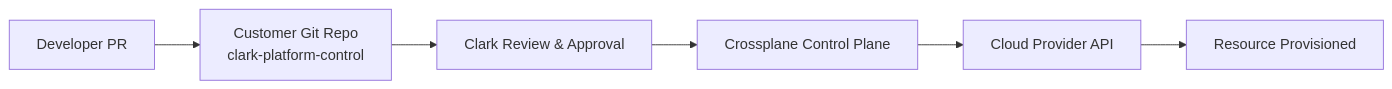
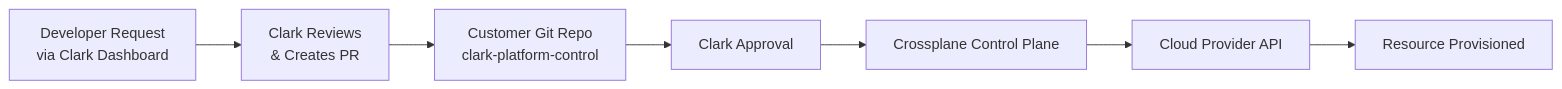
The second of 2 diagrams in 02-architecture.md (corpobit/clark-platform-operating-model), drawn with Mermaid before and after one commit. The commit also changed other lines of this file and 4 other files, not shown here.

First line of the commit message:
Update workflow to use Clark dashboard instead of direct PRs

````diff
--- a/02-architecture.md
+++ b/02-architecture.md
@@ -98,8 +98,9 @@
 ```mermaid
 flowchart LR
-    A[Developer PR] --> B[Customer Git Repo<br/>clark-platform-control]
-    B --> C[Clark Review & Approval]
-    C --> D[Crossplane Control Plane]
-    D --> E[Cloud Provider API]
-    E --> F[Resource Provisioned]
+    A[Developer Request<br/>via Clark Dashboard] --> B[Clark Reviews<br/>& Creates PR]
+    B --> C[Customer Git Repo<br/>clark-platform-control]
+    C --> D[Clark Approval]
+    D --> E[Crossplane Control Plane]
+    E --> F[Cloud Provider API]
+    F --> G[Resource Provisioned]
 ```
````
